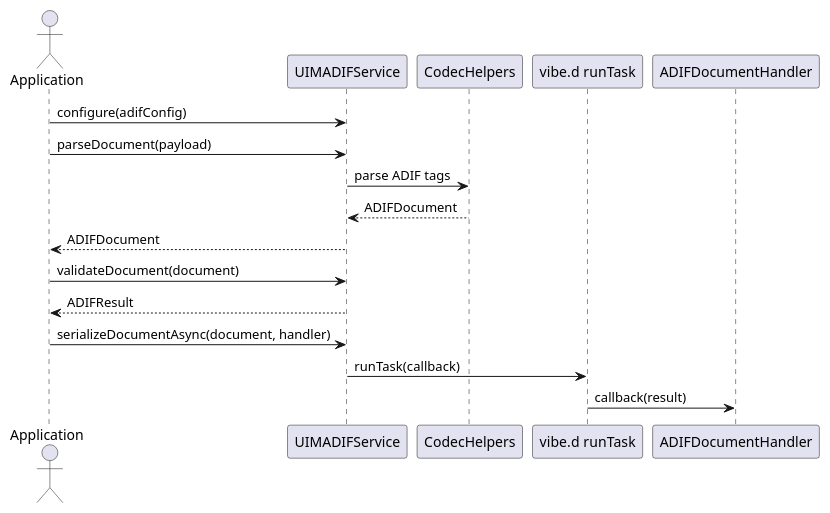
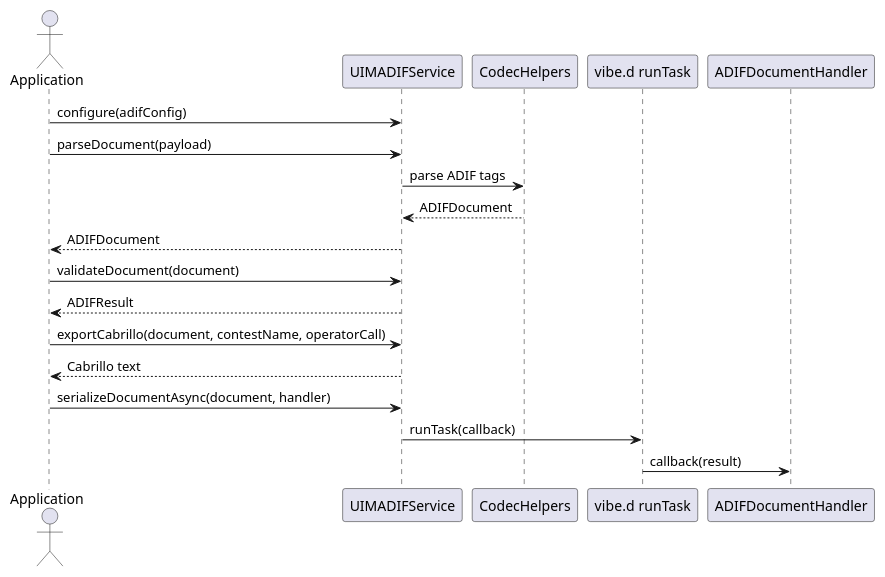
The third of 3 diagrams in adif/UML.md (UIMSolutions/uim-protocols), drawn with PlantUML before and after one commit. The commit also changed other lines of this file and 13 other files, not shown here.

Commit message:
feat(adif): add LoTW and Cabrillo export/import functionality with validation checks

````diff
--- a/adif/UML.md
+++ b/adif/UML.md
@@ -81,24 +95,27 @@
 ```plantuml
 @startuml ADIF_Sequence
 
 actor Application
 participant Service as "UIMADIFService"
 participant Helpers as "CodecHelpers"
 participant Task as "vibe.d runTask"
 participant Handler as "ADIFDocumentHandler"
 
 Application -> Service: configure(adifConfig)
 Application -> Service: parseDocument(payload)
 Service -> Helpers: parse ADIF tags
 Helpers --> Service: ADIFDocument
 Service --> Application: ADIFDocument
 
 Application -> Service: validateDocument(document)
 Service --> Application: ADIFResult
 
+Application -> Service: exportCabrillo(document, contestName, operatorCall)
+Service --> Application: Cabrillo text
+
 Application -> Service: serializeDocumentAsync(document, handler)
 Service -> Task: runTask(callback)
 Task -> Handler: callback(result)
 
 @enduml
 ```
````
